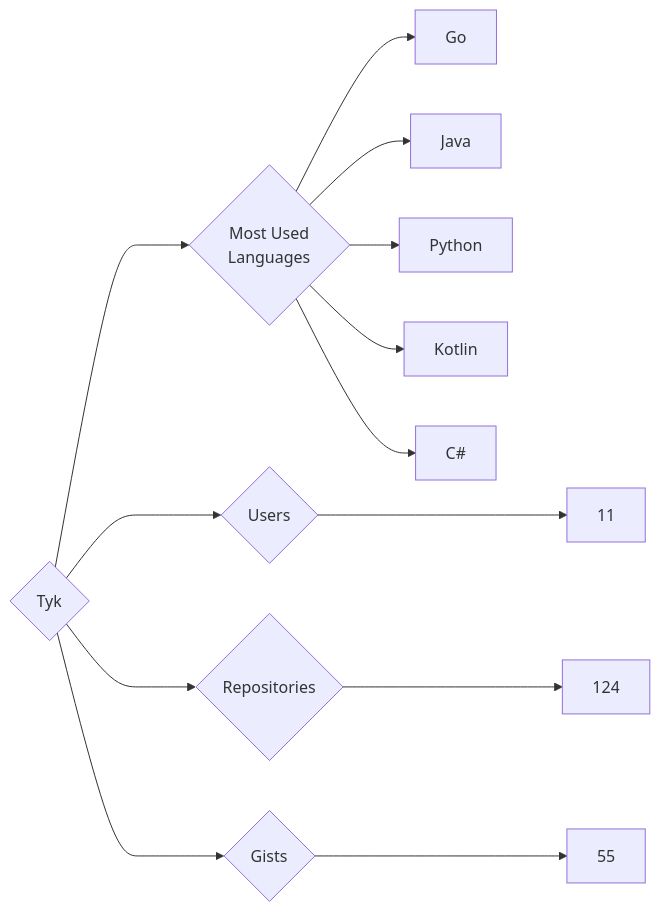
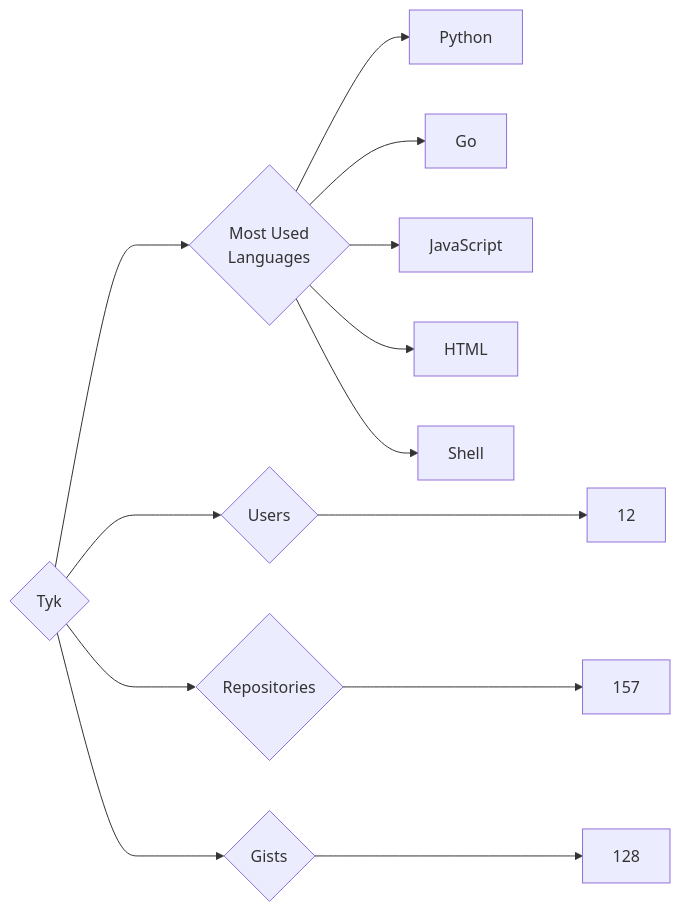
The diagram in targets/Tyk/README.md (trickest/insiders), drawn with Mermaid before and after one commit. The commit also changed 715 other files, not shown here.

````diff
--- a/targets/Tyk/README.md
+++ b/targets/Tyk/README.md
@@ -3,13 +3,13 @@
 ```mermaid
 graph LR
 COMPANY_NAME{Tyk}
-COMPANY_NAME ---> U{Users} ---> UN[11]
-COMPANY_NAME ---> R{Repositories} ---> RN[124]
-COMPANY_NAME ---> G{Gists} ---> GN[55]
+COMPANY_NAME ---> U{Users} ---> UN[12]
+COMPANY_NAME ---> R{Repositories} ---> RN[157]
+COMPANY_NAME ---> G{Gists} ---> GN[128]
 COMPANY_NAME ---> ML{Most Used<br>Languages}
+ML --> Python[Python]
 ML --> Go[Go]
-ML --> Java[Java]
-ML --> Python[Python]
-ML --> Kotlin[Kotlin]
-ML --> C#[C#]
+ML --> JavaScript[JavaScript]
+ML --> HTML[HTML]
+ML --> Shell[Shell]
 ```
````
